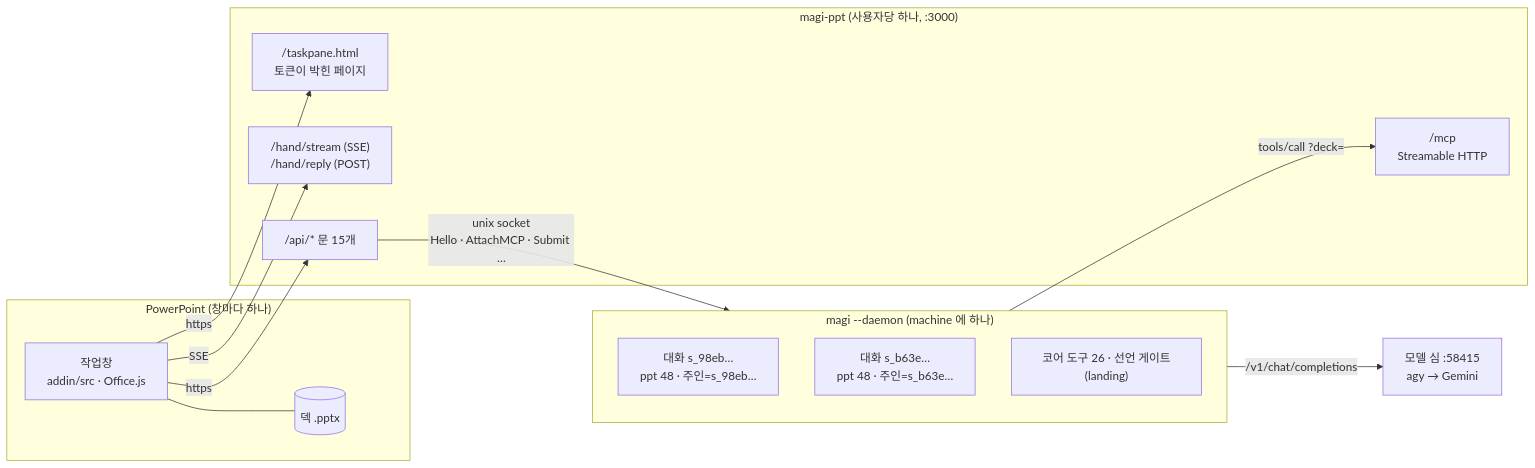
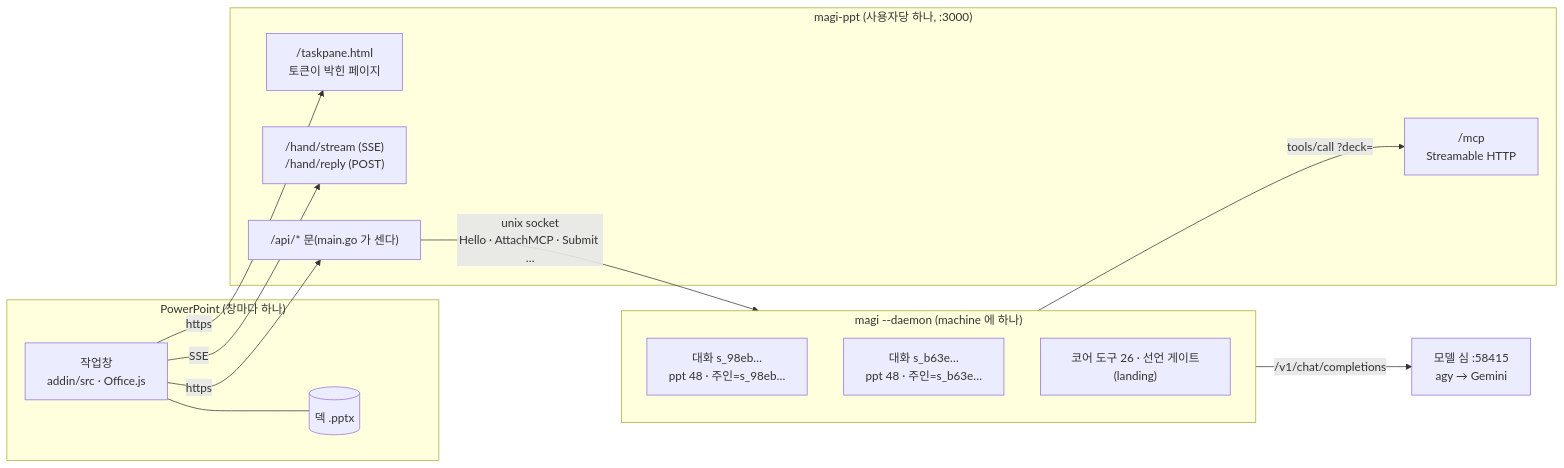
The first of 7 diagrams in clients/powerpoint/docs/DIAGRAMS.ko.md (sayaya1090/magi), drawn with Mermaid before and after one commit. The commit also changed 6 other files, not shown here.

````diff
--- a/clients/powerpoint/docs/DIAGRAMS.ko.md
+++ b/clients/powerpoint/docs/DIAGRAMS.ko.md
@@ -19,26 +19,26 @@
 ```mermaid
 flowchart LR
   subgraph PPT["PowerPoint (창마다 하나)"]
     Deck[(덱 .pptx)]
     Pane["작업창<br/>addin/src · Office.js"]
     Pane --- Deck
   end
   subgraph Helper["magi-ppt (사용자당 하나, :3000)"]
     Page["/taskpane.html<br/>토큰이 박힌 페이지"]
     Hand["/hand/stream (SSE)<br/>/hand/reply (POST)"]
-    API["/api/* 문 15개"]
+    API["/api/* 문(main.go 가 센다)"]
     MCP["/mcp<br/>Streamable HTTP"]
   end
   subgraph Daemon["magi --daemon (machine 에 하나)"]
     S1["대화 s_98eb…<br/>ppt 48 · 주인=s_98eb…"]
     S2["대화 s_b63e…<br/>ppt 48 · 주인=s_b63e…"]
     Core["코어 도구 26 · 선언 게이트(landing)"]
   end
   Shim["모델 심 :58415<br/>agy → Gemini"]
   Pane -- https --> Page
   Pane -- SSE --> Hand
   Pane -- https --> API
   API -- "unix socket<br/>Hello · AttachMCP · Submit …" --> Daemon
   Daemon -- "tools/call ?deck=" --> MCP
   Daemon -- "/v1/chat/completions" --> Shim
 ```
````
